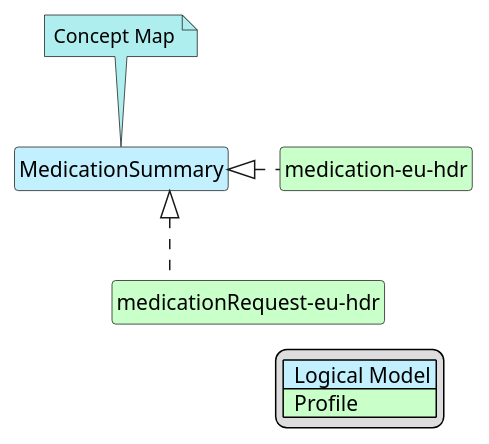
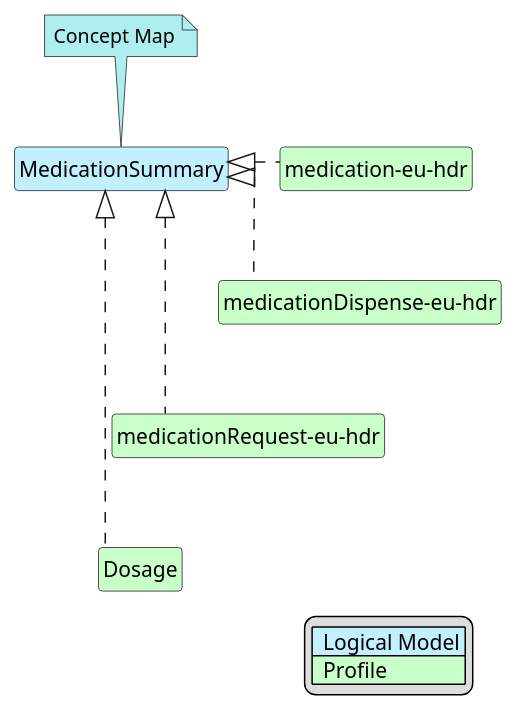
Before and after one commit to hl7-eu/hdr: the diagram in input/images-source/MedicationSummary-map.plantuml, drawn with PlantUML. The commit also changed 11 other files, not shown here.

```diff
--- a/input/images-source/MedicationSummary-map.plantuml
+++ b/input/images-source/MedicationSummary-map.plantuml
@@ -1,24 +1,30 @@
 @startuml
 hide circle
 hide stereotype
 hide members
 hide methods
 skinparam linetype ortho
 skinparam class {
 BackgroundColor<<LogicalModel>> #APPLICATION
 BackgroundColor<<Profile>> #TECHNOLOGY
 }
 legend right
 | <#APPLICATION>  Logical Model |
 | <#TECHNOLOGY>  Profile |
 endlegend
 class "MedicationSummary" <<LogicalModel>> [[StructureDefinition-MedicationSummary.html]]
 note top #PaleTurquoise [[ConceptMap-medicationSummary2FHIR-eu-hdr.html]]
 Concept Map
 endnote
 class "medication-eu-hdr" <<Profile>> [[StructureDefinition-medication-eu-hdr.html]]
 "MedicationSummary" <|. "medication-eu-hdr"
+class "medicationDispense-eu-hdr" <<Profile>> [[StructureDefinition-medicationDispense-eu-hdr.html]]
+"MedicationSummary" <|. "medicationDispense-eu-hdr"
+"medication-eu-hdr" -d[hidden]-> "medicationDispense-eu-hdr"
 class "medicationRequest-eu-hdr" <<Profile>> [[StructureDefinition-medicationRequest-eu-hdr.html]]
 "MedicationSummary" <|. "medicationRequest-eu-hdr"
-"medication-eu-hdr" -d[hidden]-> "medicationRequest-eu-hdr"
+"medicationDispense-eu-hdr" -d[hidden]-> "medicationRequest-eu-hdr"
+class "Dosage" <<Profile>> [[http://hl7.org/fhir/StructureDefinition/Dosage]]
+"MedicationSummary" <|. "Dosage"
+"medicationRequest-eu-hdr" -d[hidden]-> "Dosage"
 @enduml
```
